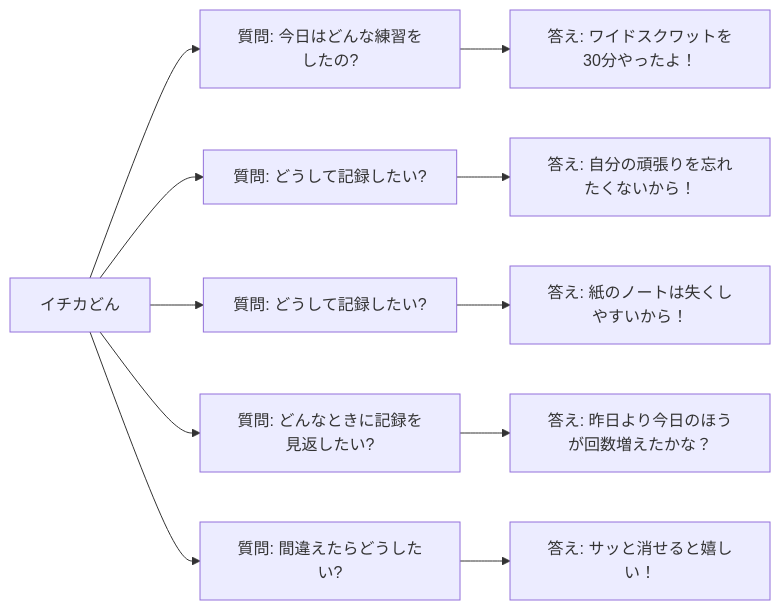
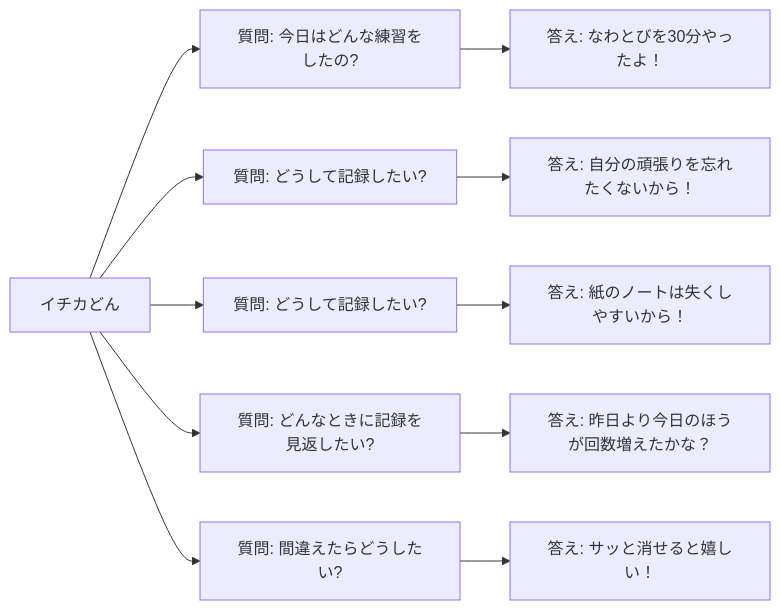
One commit to komiyamma/site_ichika_exercise_tracker changed the first of 2 diagrams in D05.md. Above: the diagram before and after it, drawn with Mermaid. The commit also changed other lines of this file, not shown here.

Commit message:
fix: ユーザーインタビューの回答例を修正 - ユーザーインタビューのフローにおいて、イチカどんの答えを「ワイドスクワットを30分やったよ！」から「なわとびを30分やったよ！」に変更しました。 - 表の質問に対する答えも同様に修正しました。

````diff
--- a/D05.md
+++ b/D05.md
@@ -27,13 +27,13 @@
 ```mermaid
 flowchart LR
   A[イチカどん] --> B[質問: 今日はどんな練習をしたの?]
-  B --> C[答え: ワイドスクワットを30分やったよ！]
+  B --> C[答え: なわとびを30分やったよ！]
   A --> D[質問: どうして記録したい?]
   D --> E[答え: 自分の頑張りを忘れたくないから！]
   A --> F[質問: どうして記録したい?]
   F --> G[答え: 紙のノートは失くしやすいから！]
   A --> H[質問: どんなときに記録を見返したい?]
   H --> I[答え: 昨日より今日のほうが回数増えたかな？]
   A --> J[質問: 間違えたらどうしたい?]
   J --> K[答え: サッと消せると嬉しい！]
 ```
````
